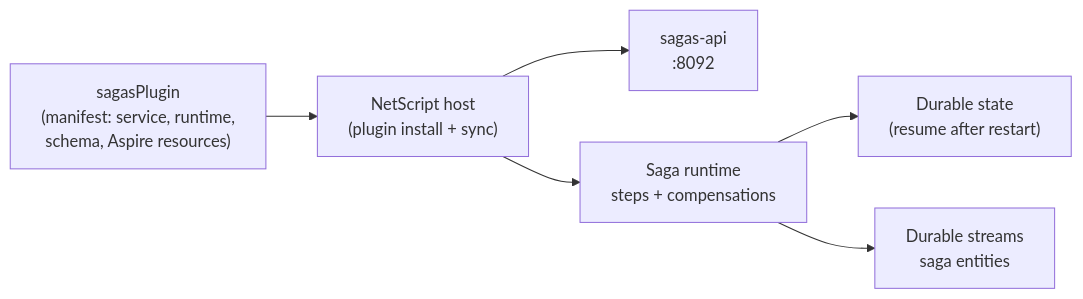
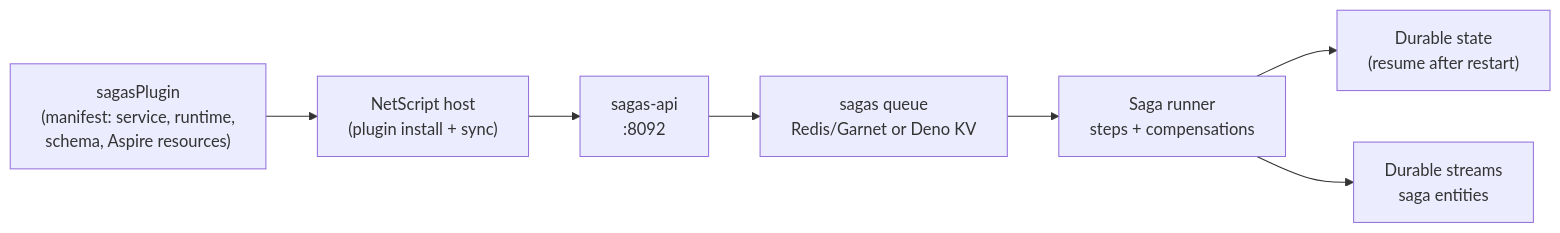
The diagram in plugins/sagas/README.md (rickylabs/netscript), drawn with Mermaid before and after one commit. The commit also changed other lines of this file and 24 other files, not shown here.

Commit message:
fix(sagas): deliver HTTP publishes through runner

````diff
--- a/plugins/sagas/README.md
+++ b/plugins/sagas/README.md
@@ -40,8 +41,9 @@
 ```mermaid
 flowchart LR
     M["sagasPlugin<br/>(manifest: service, runtime,<br/>schema, Aspire resources)"] --> H["NetScript host<br/>(plugin install + sync)"]
     H --> A["sagas-api<br/>:8092"]
-    H --> R["Saga runtime<br/>steps + compensations"]
+    A --> Q["sagas queue<br/>Redis/Garnet or Deno KV"]
+    Q --> R["Saga runner<br/>steps + compensations"]
     R --> P["Durable state<br/>(resume after restart)"]
     R --> S["Durable streams<br/>saga entities"]
 ```
````
